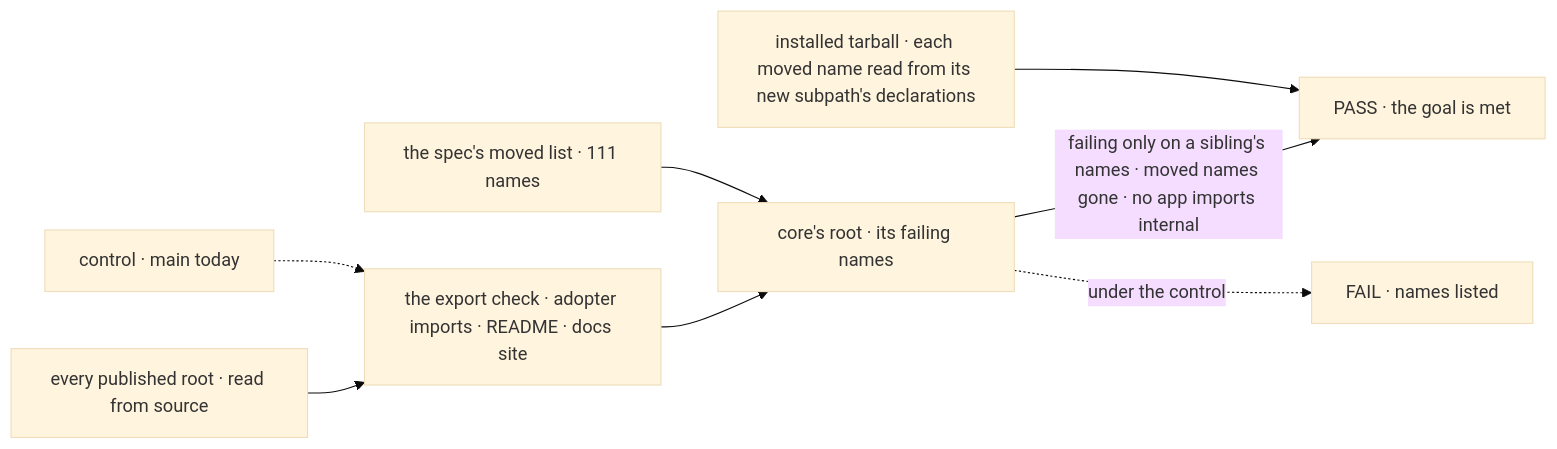
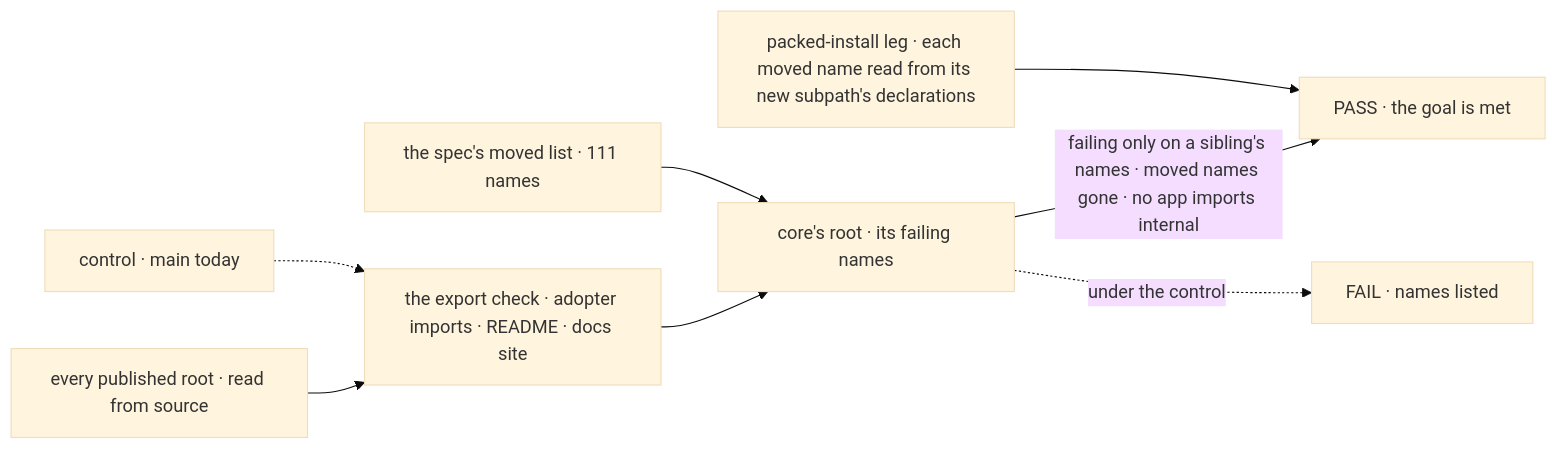
One commit to fixpoint-labs/flow-state-dev changed the first of 2 diagrams in specs/issues/FIX-2448/SPEC.md. Above: the diagram before and after it, drawn with Mermaid (base theme). The commit also changed other lines of this file and 1 other file, not shown here.

````diff
--- a/specs/issues/FIX-2448/SPEC.md
+++ b/specs/issues/FIX-2448/SPEC.md
@@ -28,10 +33,10 @@
 ```mermaid
 flowchart LR
   S["every published root · read from source"] --> K["the export check · adopter imports · README · docs site"]
   K --> R["core's root · its failing names"]
   M["the spec's moved list · 111 names"] --> R
   R -->|"failing only on a sibling's names · moved names gone · no app imports internal"| P["PASS · the goal is met"]
-  T["installed tarball · each moved name read from its new subpath's declarations"] --> P
+  T["packed-install leg · each moved name read from its new subpath's declarations"] --> P
   C["control · main today"] -.-> K
   R -.->|"under the control"| F["FAIL · names listed"]
 ```
````
